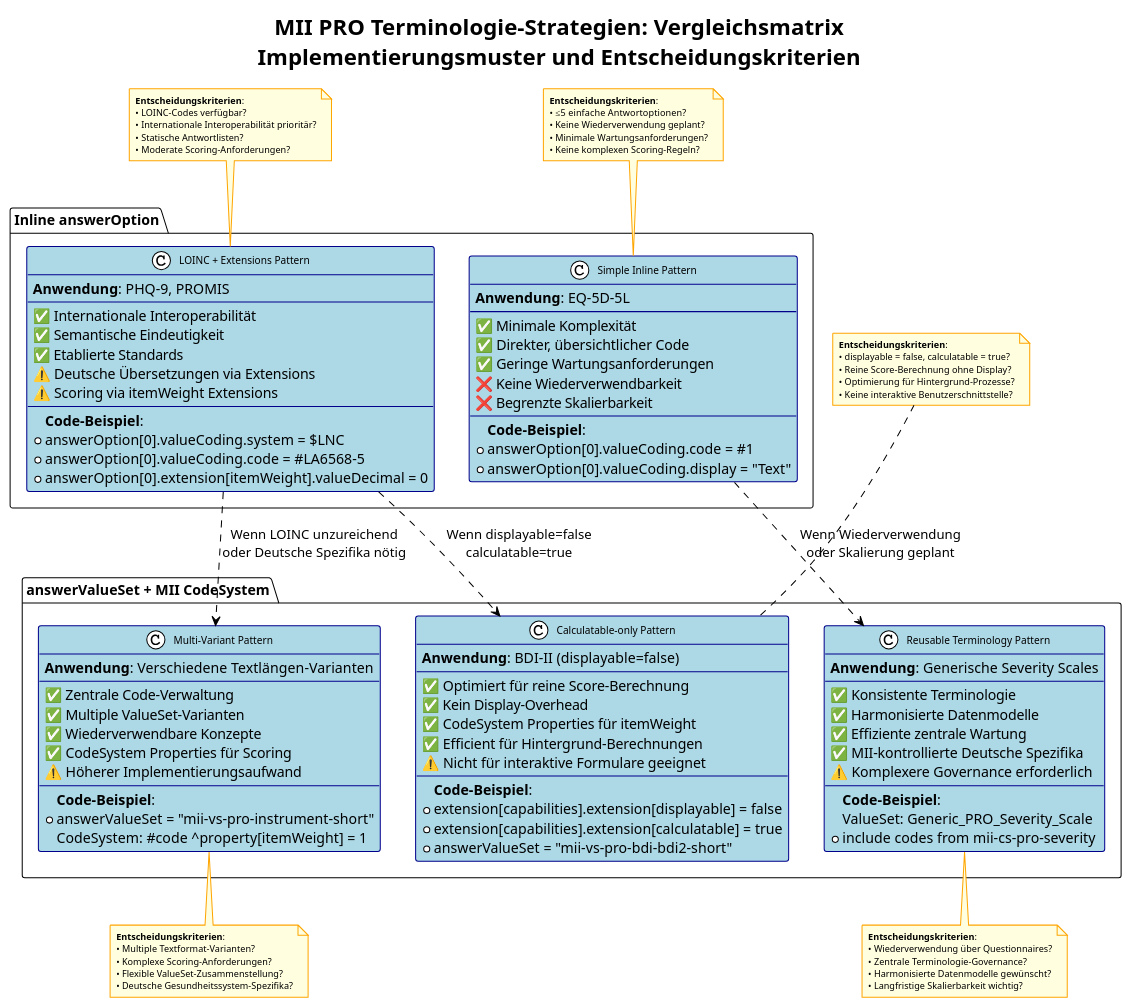
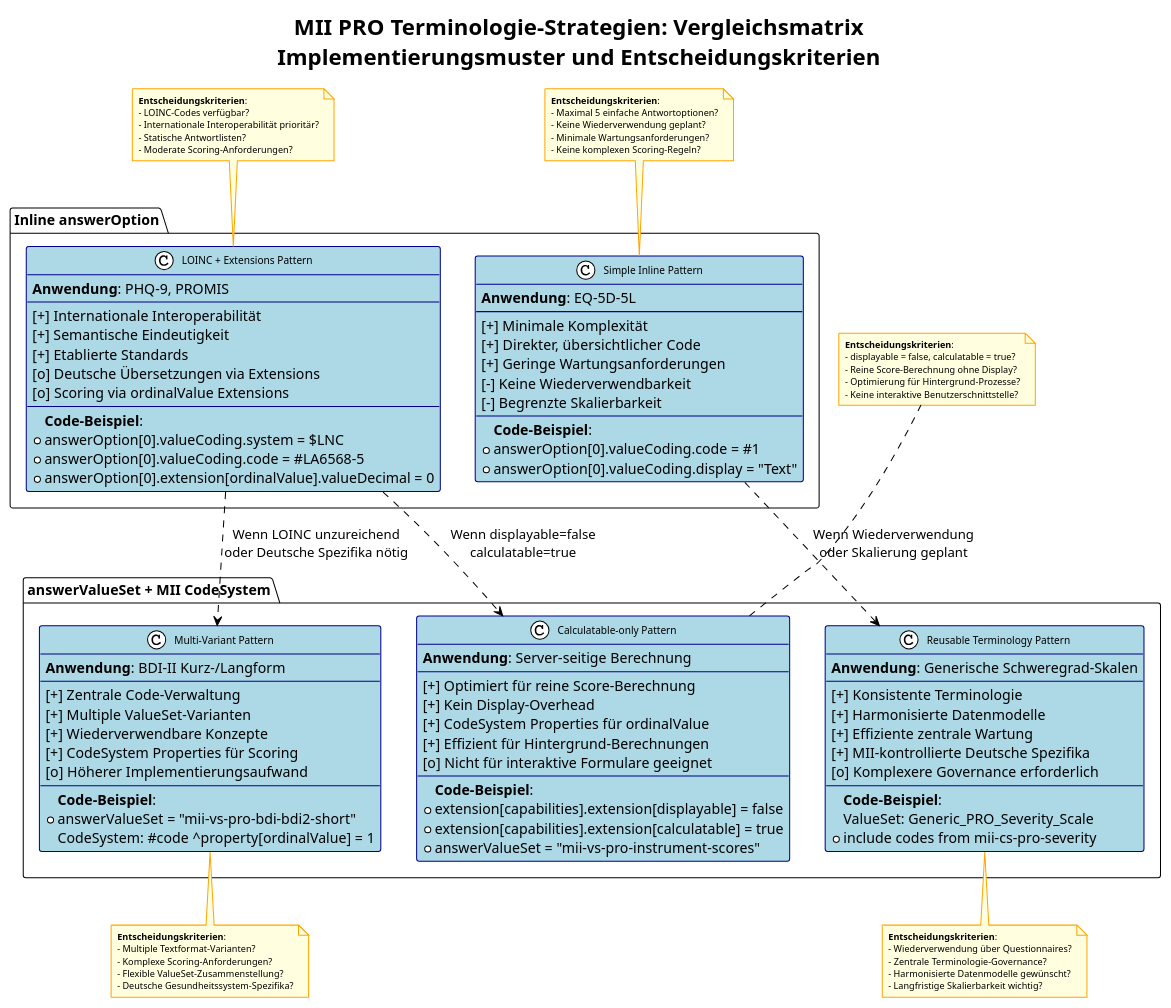
The diagram in input/Images/MII-PRO-Terminologie-Vergleichsmatrix.plantuml (medizininformatik-initiative/kerndatensatzmodul-proms), drawn with PlantUML before and after one commit. The commit also changed 24 other files, not shown here.

```diff
--- a/input/Images/MII-PRO-Terminologie-Vergleichsmatrix.plantuml
+++ b/input/Images/MII-PRO-Terminologie-Vergleichsmatrix.plantuml
@@ -1,138 +1,138 @@
 @startuml MII-PRO-Terminologie-Vergleichsmatrix
 !theme plain
 skinparam backgroundColor White
 skinparam class {
   BackgroundColor LightBlue
   BorderColor DarkBlue
   FontSize 10
 }
 skinparam note {
   BackgroundColor LightYellow
   BorderColor Orange
   FontSize 9
 }
 
 title MII PRO Terminologie-Strategien: Vergleichsmatrix\n**Implementierungsmuster und Entscheidungskriterien**
 
 package "Inline answerOption" as inline {
   class "LOINC + Extensions Pattern" as loinc_pattern {
     **Anwendung**: PHQ-9, PROMIS
     --
-    ✅ Internationale Interoperabilität
-    ✅ Semantische Eindeutigkeit
-    ✅ Etablierte Standards
-    ⚠️ Deutsche Übersetzungen via Extensions
-    ⚠️ Scoring via itemWeight Extensions
+    [+] Internationale Interoperabilität
+    [+] Semantische Eindeutigkeit
+    [+] Etablierte Standards
+    [o] Deutsche Übersetzungen via Extensions
+    [o] Scoring via ordinalValue Extensions
     --
     **Code-Beispiel**:
     * answerOption[0].valueCoding.system = $LNC
     * answerOption[0].valueCoding.code = #LA6568-5
-    * answerOption[0].extension[itemWeight].valueDecimal = 0
+    * answerOption[0].extension[ordinalValue].valueDecimal = 0
   }
   
   class "Simple Inline Pattern" as simple_pattern {
     **Anwendung**: EQ-5D-5L
     --
-    ✅ Minimale Komplexität
-    ✅ Direkter, übersichtlicher Code
-    ✅ Geringe Wartungsanforderungen
-    ❌ Keine Wiederverwendbarkeit
-    ❌ Begrenzte Skalierbarkeit
+    [+] Minimale Komplexität
+    [+] Direkter, übersichtlicher Code
+    [+] Geringe Wartungsanforderungen
+    [-] Keine Wiederverwendbarkeit
+    [-] Begrenzte Skalierbarkeit
     --
     **Code-Beispiel**:
     * answerOption[0].valueCoding.code = #1
     * answerOption[0].valueCoding.display = "Text"
   }
 }
 
 package "answerValueSet + MII CodeSystem" as valueset {
   class "Calculatable-only Pattern" as calculatable_pattern {
-    **Anwendung**: BDI-II (displayable=false)
+    **Anwendung**: Server-seitige Berechnung
     --
-    ✅ Optimiert für reine Score-Berechnung
-    ✅ Kein Display-Overhead
-    ✅ CodeSystem Properties für itemWeight
-    ✅ Efficient für Hintergrund-Berechnungen
-    ⚠️ Nicht für interaktive Formulare geeignet
+    [+] Optimiert für reine Score-Berechnung
+    [+] Kein Display-Overhead
+    [+] CodeSystem Properties für ordinalValue
+    [+] Effizient für Hintergrund-Berechnungen
+    [o] Nicht für interaktive Formulare geeignet
     --
     **Code-Beispiel**:
     * extension[capabilities].extension[displayable] = false
     * extension[capabilities].extension[calculatable] = true
-    * answerValueSet = "mii-vs-pro-bdi-bdi2-short"
+    * answerValueSet = "mii-vs-pro-instrument-scores"
   }
   
   class "Multi-Variant Pattern" as variant_pattern {
-    **Anwendung**: Verschiedene Textlängen-Varianten
+    **Anwendung**: BDI-II Kurz-/Langform
     --
-    ✅ Zentrale Code-Verwaltung
-    ✅ Multiple ValueSet-Varianten
-    ✅ Wiederverwendbare Konzepte
-    ✅ CodeSystem Properties für Scoring
-    ⚠️ Höherer Implementierungsaufwand
+    [+] Zentrale Code-Verwaltung
+    [+] Multiple ValueSet-Varianten
+    [+] Wiederverwendbare Konzepte
+    [+] CodeSystem Properties für Scoring
+    [o] Höherer Implementierungsaufwand
     --
     **Code-Beispiel**:
-    * answerValueSet = "mii-vs-pro-instrument-short"
-    CodeSystem: #code ^property[itemWeight] = 1
+    * answerValueSet = "mii-vs-pro-bdi-bdi2-short"
+    CodeSystem: #code ^property[ordinalValue] = 1
   }
   
   class "Reusable Terminology Pattern" as reusable_pattern {
-    **Anwendung**: Generische Severity Scales
+    **Anwendung**: Generische Schweregrad-Skalen
     --
-    ✅ Konsistente Terminologie
-    ✅ Harmonisierte Datenmodelle
-    ✅ Effiziente zentrale Wartung
-    ✅ MII-kontrollierte Deutsche Spezifika
-    ⚠️ Komplexere Governance erforderlich
+    [+] Konsistente Terminologie
+    [+] Harmonisierte Datenmodelle
+    [+] Effiziente zentrale Wartung
+    [+] MII-kontrollierte Deutsche Spezifika
+    [o] Komplexere Governance erforderlich
     --
     **Code-Beispiel**:
     ValueSet: Generic_PRO_Severity_Scale
     * include codes from mii-cs-pro-severity
   }
 }
 
 note top of loinc_pattern
   **Entscheidungskriterien**:
-  • LOINC-Codes verfügbar?
-  • Internationale Interoperabilität prioritär?
-  • Statische Antwortlisten?
-  • Moderate Scoring-Anforderungen?
+  - LOINC-Codes verfügbar?
+  - Internationale Interoperabilität prioritär?
+  - Statische Antwortlisten?
+  - Moderate Scoring-Anforderungen?
 end note
 
 note top of simple_pattern
   **Entscheidungskriterien**:
-  • ≤5 einfache Antwortoptionen?
-  • Keine Wiederverwendung geplant?
-  • Minimale Wartungsanforderungen?
-  • Keine komplexen Scoring-Regeln?
+  - Maximal 5 einfache Antwortoptionen?
+  - Keine Wiederverwendung geplant?
+  - Minimale Wartungsanforderungen?
+  - Keine komplexen Scoring-Regeln?
 end note
 
 note top of calculatable_pattern
   **Entscheidungskriterien**:
-  • displayable = false, calculatable = true?
-  • Reine Score-Berechnung ohne Display?
-  • Optimierung für Hintergrund-Prozesse?
-  • Keine interaktive Benutzerschnittstelle?
+  - displayable = false, calculatable = true?
+  - Reine Score-Berechnung ohne Display?
+  - Optimierung für Hintergrund-Prozesse?
+  - Keine interaktive Benutzerschnittstelle?
 end note
 
 note bottom of variant_pattern
   **Entscheidungskriterien**:
-  • Multiple Textformat-Varianten?
-  • Komplexe Scoring-Anforderungen?
-  • Flexible ValueSet-Zusammenstellung?
-  • Deutsche Gesundheitssystem-Spezifika?
+  - Multiple Textformat-Varianten?
+  - Komplexe Scoring-Anforderungen?
+  - Flexible ValueSet-Zusammenstellung?
+  - Deutsche Gesundheitssystem-Spezifika?
 end note
 
 note bottom of reusable_pattern
   **Entscheidungskriterien**:
-  • Wiederverwendung über Questionnaires?
-  • Zentrale Terminologie-Governance?
-  • Harmonisierte Datenmodelle gewünscht?
-  • Langfristige Skalierbarkeit wichtig?
+  - Wiederverwendung über Questionnaires?
+  - Zentrale Terminologie-Governance?
+  - Harmonisierte Datenmodelle gewünscht?
+  - Langfristige Skalierbarkeit wichtig?
 end note
 
 ' Relationships showing decision flow
 loinc_pattern .down.> calculatable_pattern : "Wenn displayable=false\ncalculatable=true"
 loinc_pattern .down.> variant_pattern : "Wenn LOINC unzureichend\noder Deutsche Spezifika nötig"
 simple_pattern .down.> reusable_pattern : "Wenn Wiederverwendung\noder Skalierung geplant"
 
 @enduml
```
